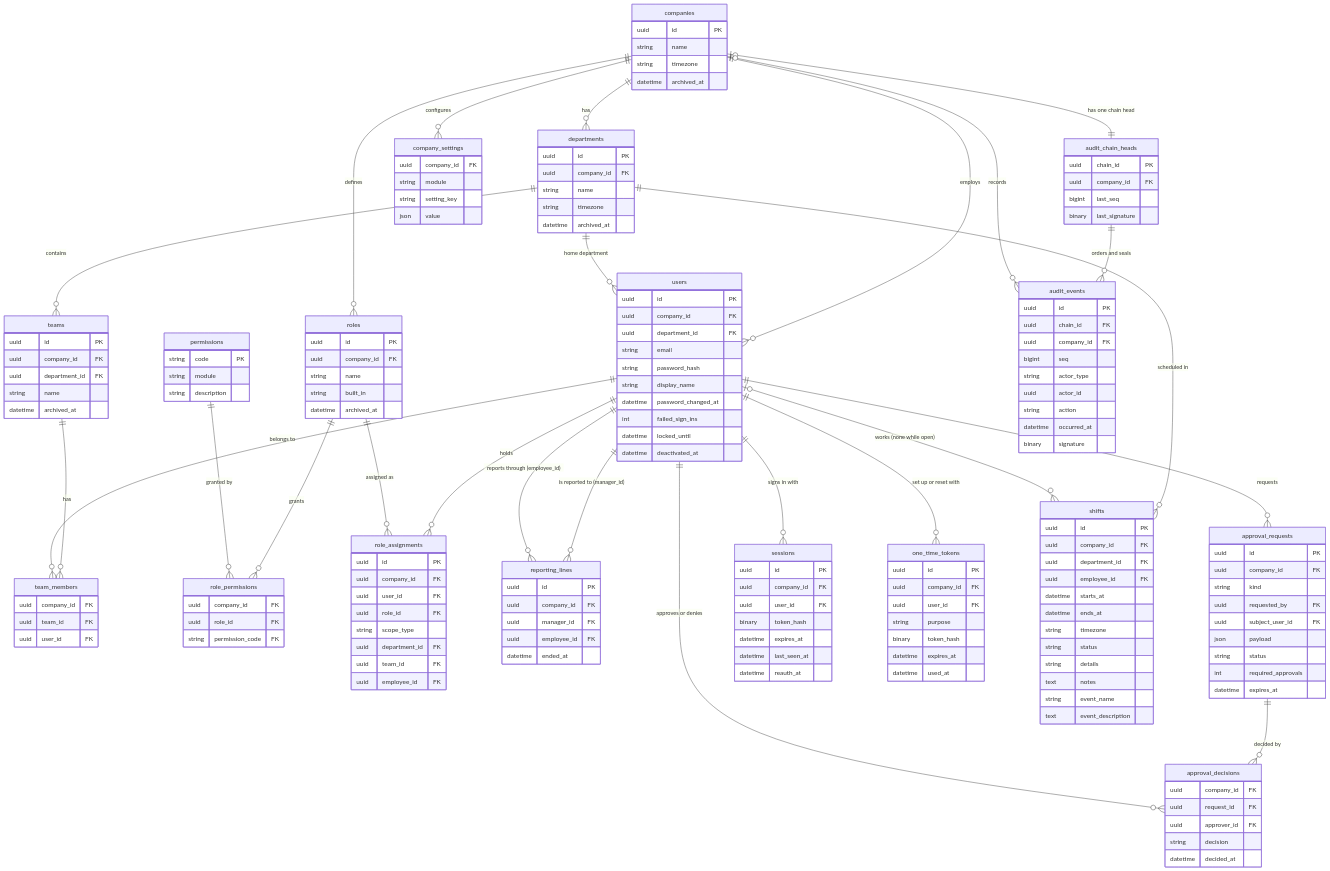
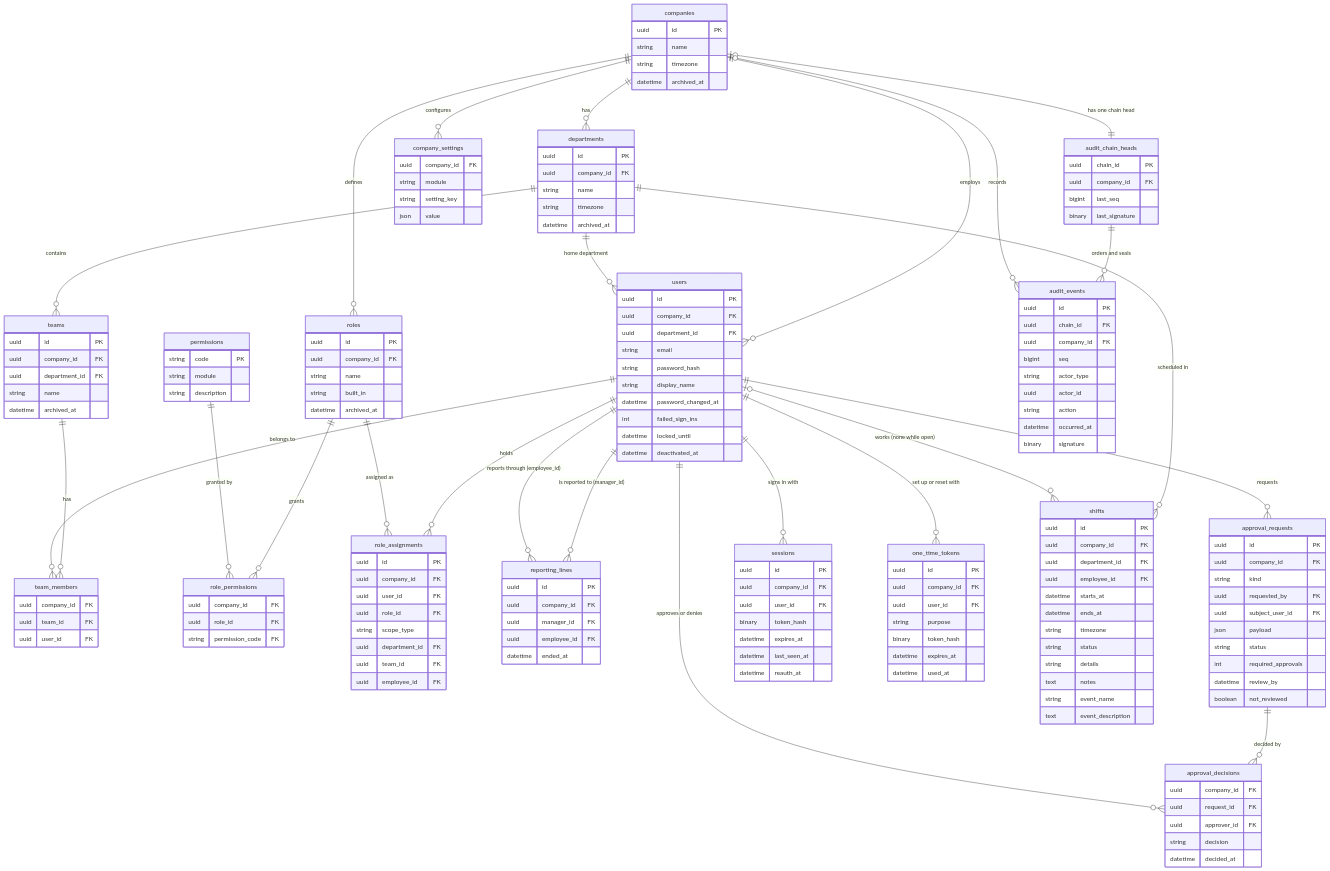
The diagram in docs/architecture/data-model.md (workforce-ops-app/workforce-ops-backend), drawn with Mermaid before and after one commit. The commit also changed other lines of this file and 2 other files, not shown here.

```diff
--- a/docs/architecture/data-model.md
+++ b/docs/architecture/data-model.md
@@ -117,7 +117,8 @@
         json payload
         string status
         int required_approvals
-        datetime expires_at
+        datetime review_by
+        boolean not_reviewed
     }
     approval_decisions {
         uuid company_id FK
```
